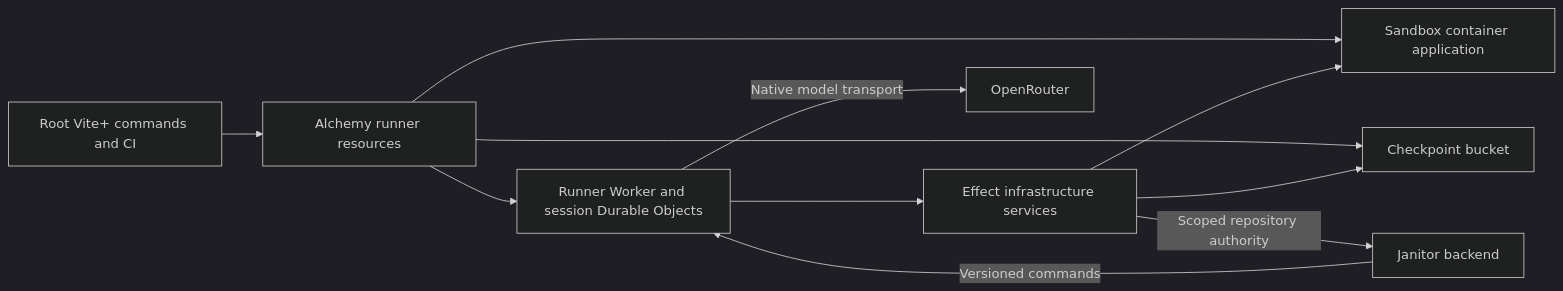
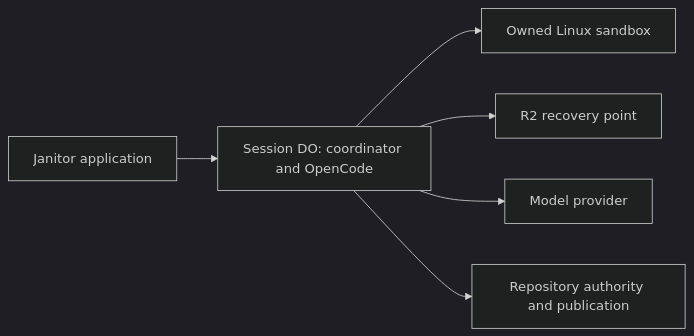
One commit to Effect-TS/janitor changed the diagram in .scratch/runner-production-integration/spec.md. Above: the diagram before and after it, drawn with Mermaid (dark theme). The commit also changed other lines of this file and 114 other files, not shown here.

````diff
--- a/.scratch/runner-production-integration/spec.md
+++ b/.scratch/runner-production-integration/spec.md
@@ -29,13 +9,8 @@
 ```mermaid
 flowchart LR
-  CI[Root Vite+ commands and CI] --> Stack[Alchemy runner resources]
-  Stack --> Worker[Runner Worker and session Durable Objects]
-  Stack --> Sandbox[Sandbox container application]
-  Stack --> R2[Checkpoint bucket]
-  Backend[Janitor backend] -->|Versioned commands| Worker
-  Worker --> Services[Effect infrastructure services]
-  Services --> Sandbox
-  Services --> R2
-  Services -->|Scoped repository authority| Backend
-  Worker -->|Native model transport| Provider[OpenRouter]
+  App[Janitor application] --> DO[Session DO: coordinator and OpenCode]
+  DO --> Sandbox[Owned Linux sandbox]
+  DO --> Backup[R2 recovery point]
+  DO --> Model[Model provider]
+  DO --> Authority[Repository authority and publication]
 ```
````
